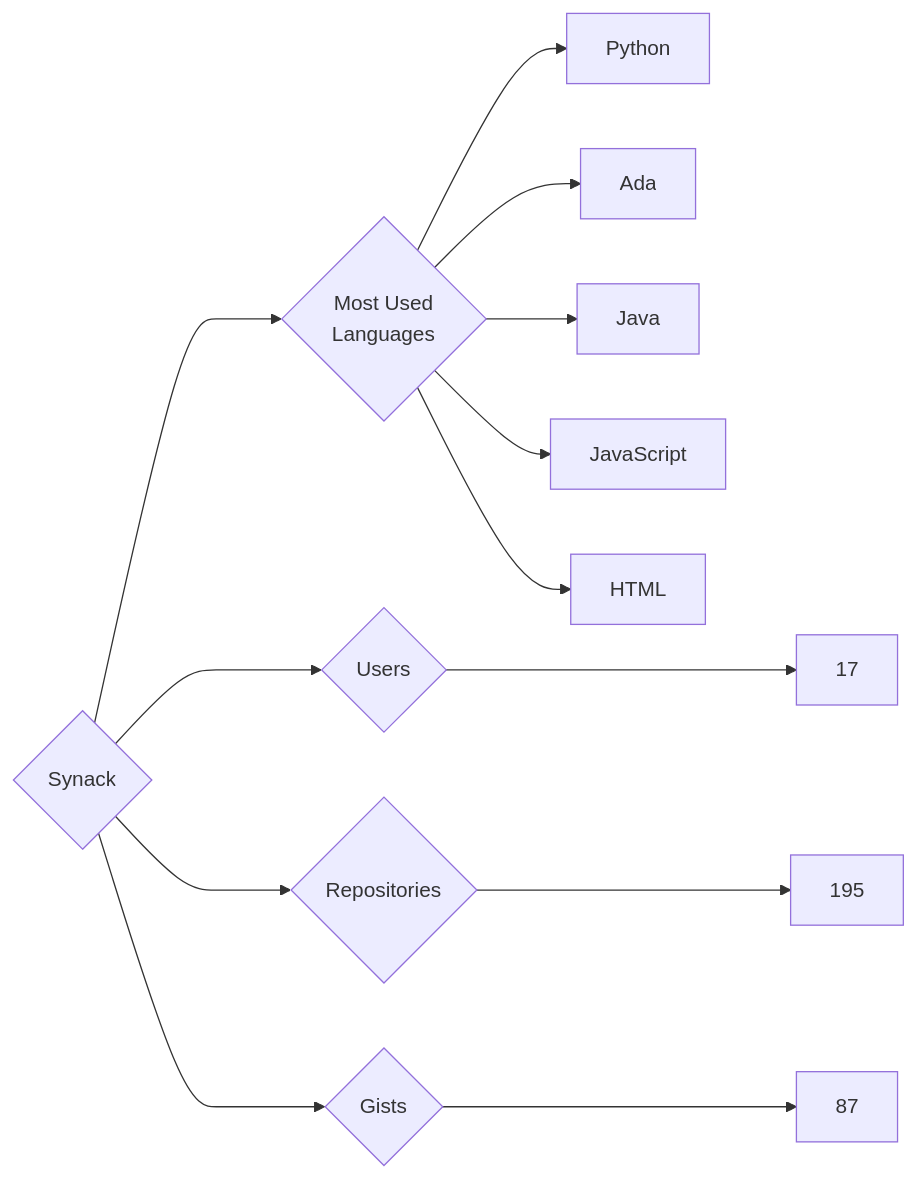
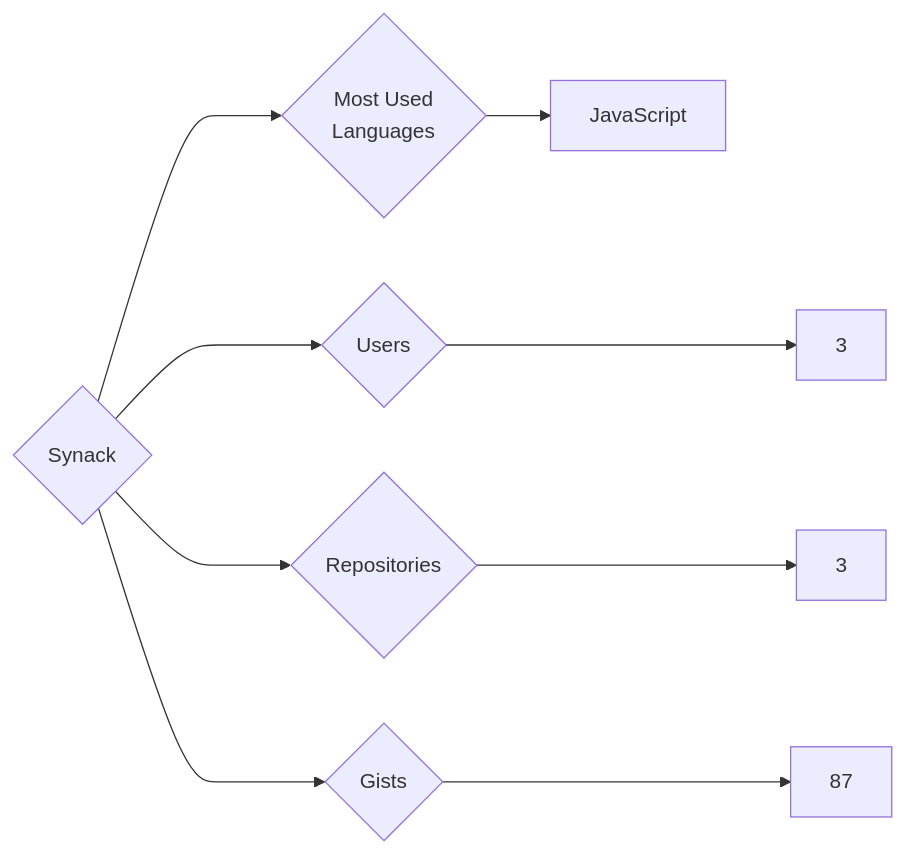
The diagram in targets/Synack/README.md (trickest/insiders), drawn with Mermaid before and after one commit. The commit also changed 1248 other files, not shown here.

````diff
--- a/targets/Synack/README.md
+++ b/targets/Synack/README.md
@@ -3,13 +3,9 @@
 ```mermaid
 graph LR
 COMPANY_NAME{Synack}
-COMPANY_NAME ---> U{Users} ---> UN[17]
-COMPANY_NAME ---> R{Repositories} ---> RN[195]
+COMPANY_NAME ---> U{Users} ---> UN[3]
+COMPANY_NAME ---> R{Repositories} ---> RN[3]
 COMPANY_NAME ---> G{Gists} ---> GN[87]
 COMPANY_NAME ---> ML{Most Used<br>Languages}
-ML --> Python[Python]
-ML --> Ada[Ada]
-ML --> Java[Java]
 ML --> JavaScript[JavaScript]
-ML --> HTML[HTML]
 ```
````
